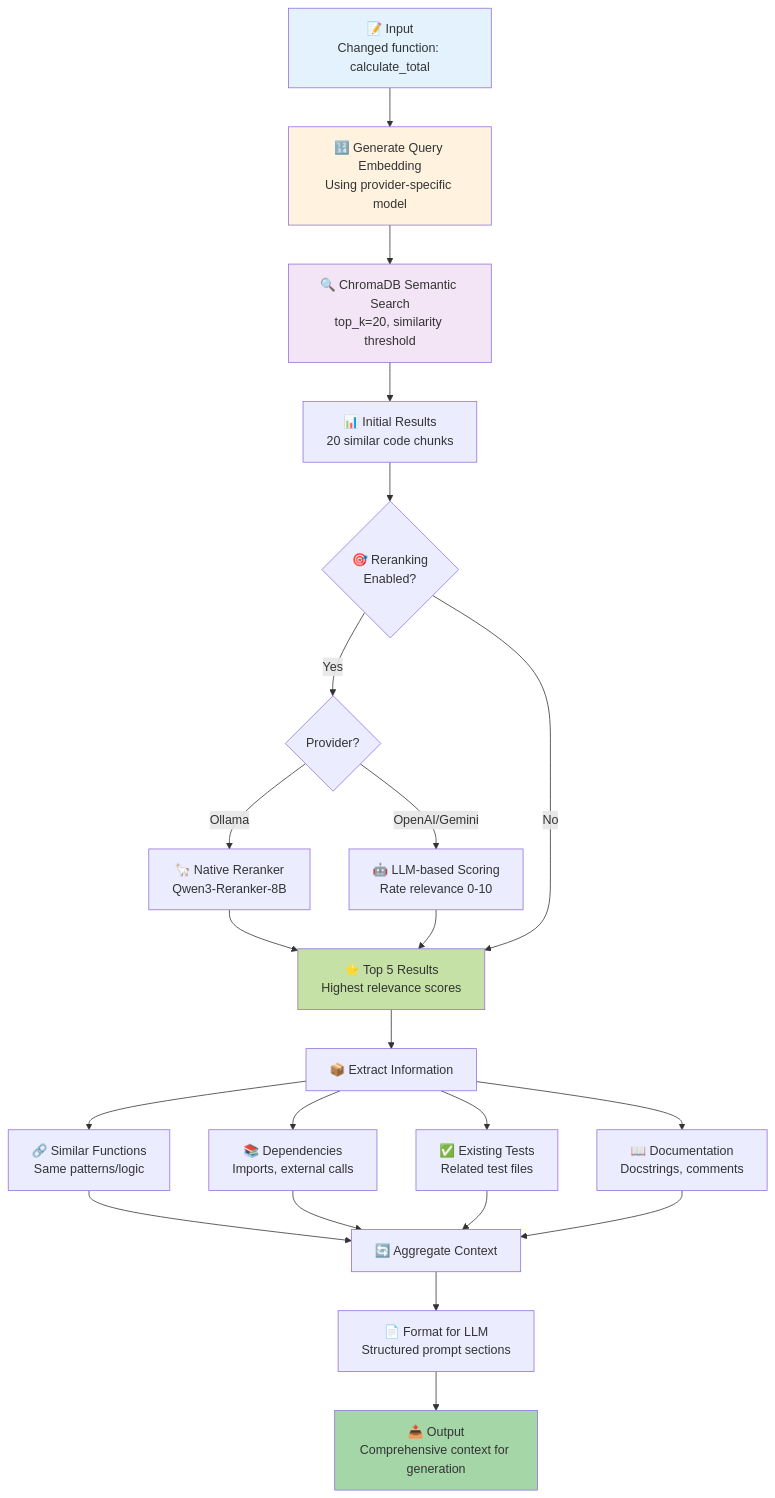
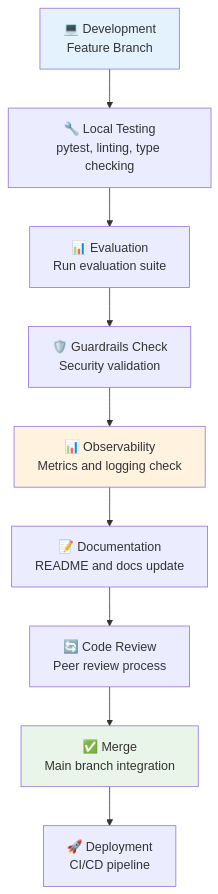
One commit to narenallam/AgenticTestGenerator changed diagram 13 of 13 in ARCHITECTURE.md. Above: the diagram before and after it, drawn with Mermaid. The commit also changed other lines of this file and 11 other files, not shown here.

````diff
--- a/ARCHITECTURE.md
+++ b/ARCHITECTURE.md
@@ -547,41 +1033,15 @@
 ```mermaid
-graph TB
-    Input[📝 Input<br/>Changed function: calculate_total] --> Embed[🔢 Generate Query Embedding<br/>Using provider-specific model]
-    
-    Embed --> Search[🔍 ChromaDB Semantic Search<br/>top_k=20, similarity threshold]
-    
-    Search --> Results[📊 Initial Results<br/>20 similar code chunks]
-    
-    Results --> Rerank{🎯 Reranking<br/>Enabled?}
-    
-    Rerank -->|Yes| RerankerType{Provider?}
-    RerankerType -->|Ollama| NativeRerank[🦙 Native Reranker<br/>Qwen3-Reranker-8B]
-    RerankerType -->|OpenAI/Gemini| LLMRerank[🤖 LLM-based Scoring<br/>Rate relevance 0-10]
-    
-    NativeRerank --> Top5[⭐ Top 5 Results<br/>Highest relevance scores]
-    LLMRerank --> Top5
-    
-    Rerank -->|No| Top5
-    
-    Top5 --> Extract[📦 Extract Information]
-    
-    Extract --> Similar[🔗 Similar Functions<br/>Same patterns/logic]
-    Extract --> Deps[📚 Dependencies<br/>Imports, external calls]
-    Extract --> Existing[✅ Existing Tests<br/>Related test files]
-    Extract --> Docs[📖 Documentation<br/>Docstrings, comments]
-    
-    Similar --> Aggregate[🔄 Aggregate Context]
-    Deps --> Aggregate
-    Existing --> Aggregate
-    Docs --> Aggregate
-    
-    Aggregate --> Format[📄 Format for LLM<br/>Structured prompt sections]
-    
-    Format --> Output[📤 Output<br/>Comprehensive context for generation]
-    
-    style Input fill:#e3f2fd
-    style Embed fill:#fff3e0
-    style Search fill:#f3e5f5
-    style Top5 fill:#c5e1a5
-    style Output fill:#a5d6a7
+flowchart TD
+    A[💻 Development<br/>Feature Branch] --> B[🔧 Local Testing<br/>pytest, linting, type checking]
+    B --> C[📊 Evaluation<br/>Run evaluation suite]
+    C --> D[🛡️ Guardrails Check<br/>Security validation]
+    D --> E[📊 Observability<br/>Metrics and logging check]
+    E --> F[📝 Documentation<br/>README and docs update]
+    F --> G[🔄 Code Review<br/>Peer review process]
+    G --> H[✅ Merge<br/>Main branch integration]
+    H --> I[🚀 Deployment<br/>CI/CD pipeline]
+
+    style A fill:#e3f2fd
+    style H fill:#e8f5e8
+    style E fill:#fff3e0
 ```
````
